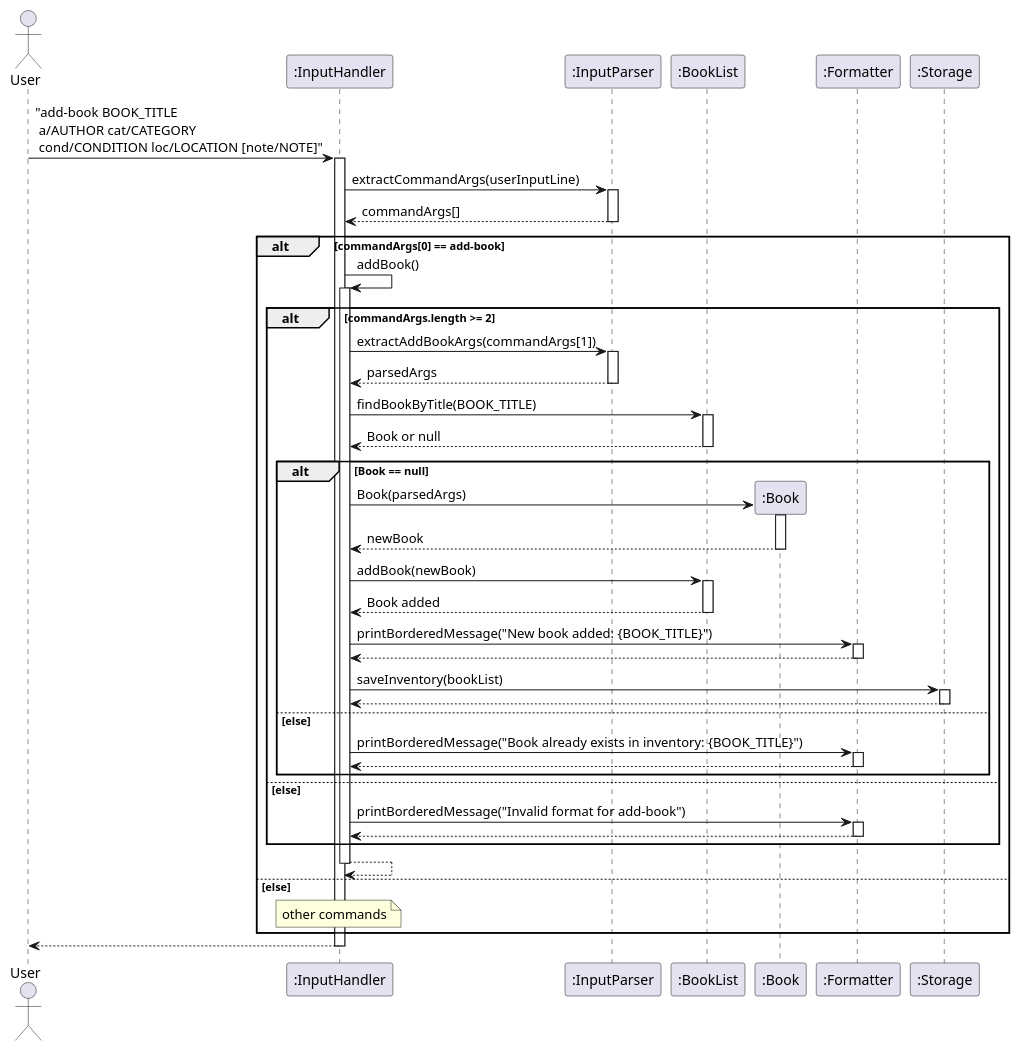
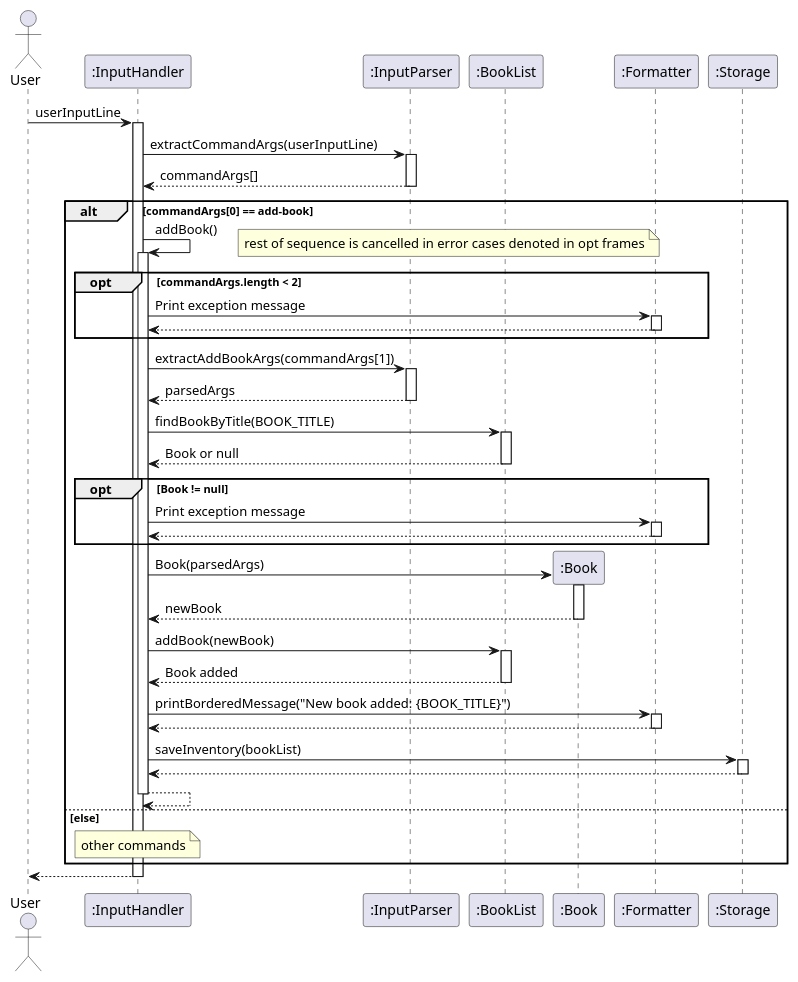
One commit to AY2425S2-CS2113-T12-2/tp changed the diagram in docs/diagrams/addBook.puml. Above: the diagram before and after it, drawn with PlantUML.

Commit message:
testing one diagram first waiting for team confirmation

```diff
--- a/docs/diagrams/addBook.puml
+++ b/docs/diagrams/addBook.puml
@@ -1,86 +1,86 @@
 @startuml
 actor User
 participant InputHandler as ":InputHandler"
 participant InputParser as ":InputParser"
 participant BookList as ":BookList"
 participant Book as ":Book"
 participant Formatter as ":Formatter"
 participant Storage as ":Storage"
 
-User -> InputHandler: "add-book BOOK_TITLE \n a/AUTHOR cat/CATEGORY \n cond/CONDITION loc/LOCATION [note/NOTE]"
+User -> InputHandler: userInputLine
 activate InputHandler
 
 InputHandler -> InputParser: extractCommandArgs(userInputLine)
 activate InputParser
 
 InputParser --> InputHandler: commandArgs[]
 deactivate InputParser
 
 alt commandArgs[0] == add-book
     InputHandler -> InputHandler : addBook()
     activate InputHandler
 
-alt commandArgs.length >= 2
+    opt commandArgs.length < 2
+        note right
+        rest of sequence is cancelled in error cases denoted in opt frames
+        end note
+        InputHandler -> Formatter: Print exception message
+        activate Formatter
+        Formatter --> InputHandler
+        deactivate Formatter
+    end
+
     InputHandler -> InputParser: extractAddBookArgs(commandArgs[1])
     activate InputParser
 
     InputParser --> InputHandler: parsedArgs
     deactivate InputParser
 
     InputHandler -> BookList: findBookByTitle(BOOK_TITLE)
     activate BookList
 
     BookList --> InputHandler: Book or null
     deactivate BookList
 
-    alt Book == null
-        InputHandler -> Book ** : Book(parsedArgs)
-        activate Book 
-
-        Book --> InputHandler : newBook
-        deactivate Book
-
-        InputHandler -> BookList: addBook(newBook)
-        activate BookList
-
-
-        BookList --> InputHandler: Book added
-        deactivate BookList
-
-        InputHandler -> Formatter: printBorderedMessage("New book added: {BOOK_TITLE}")
-        activate Formatter
-
-        Formatter --> InputHandler
-        deactivate Formatter
-
-        InputHandler -> Storage: saveInventory(bookList)
-        activate Storage
-
-        Storage --> InputHandler
-        deactivate Storage
-
-
-    else else
-        InputHandler -> Formatter: printBorderedMessage("Book already exists in inventory: {BOOK_TITLE}")
+    opt Book != null
+        InputHandler -> Formatter: Print exception message
         activate Formatter
         Formatter --> InputHandler
         deactivate Formatter
     end
 
-    else else
-        InputHandler -> Formatter: printBorderedMessage("Invalid format for add-book")
-        activate Formatter
-        Formatter --> InputHandler
-        deactivate Formatter
-    end
+    InputHandler -> Book ** : Book(parsedArgs)
+    activate Book
+
+    Book --> InputHandler : newBook
+    deactivate Book
+
+    InputHandler -> BookList: addBook(newBook)
+    activate BookList
+
+
+    BookList --> InputHandler: Book added
+    deactivate BookList
+
+    InputHandler -> Formatter: printBorderedMessage("New book added: {BOOK_TITLE}")
+    activate Formatter
+
+    Formatter --> InputHandler
+    deactivate Formatter
+
+    InputHandler -> Storage: saveInventory(bookList)
+    activate Storage
+
+    Storage --> InputHandler
+    deactivate Storage
 
 InputHandler --> InputHandler
 deactivate InputHandler
 
 else else
     note over InputHandler : other commands
 end
 
 InputHandler --> User
 deactivate InputHandler
 @enduml
```
